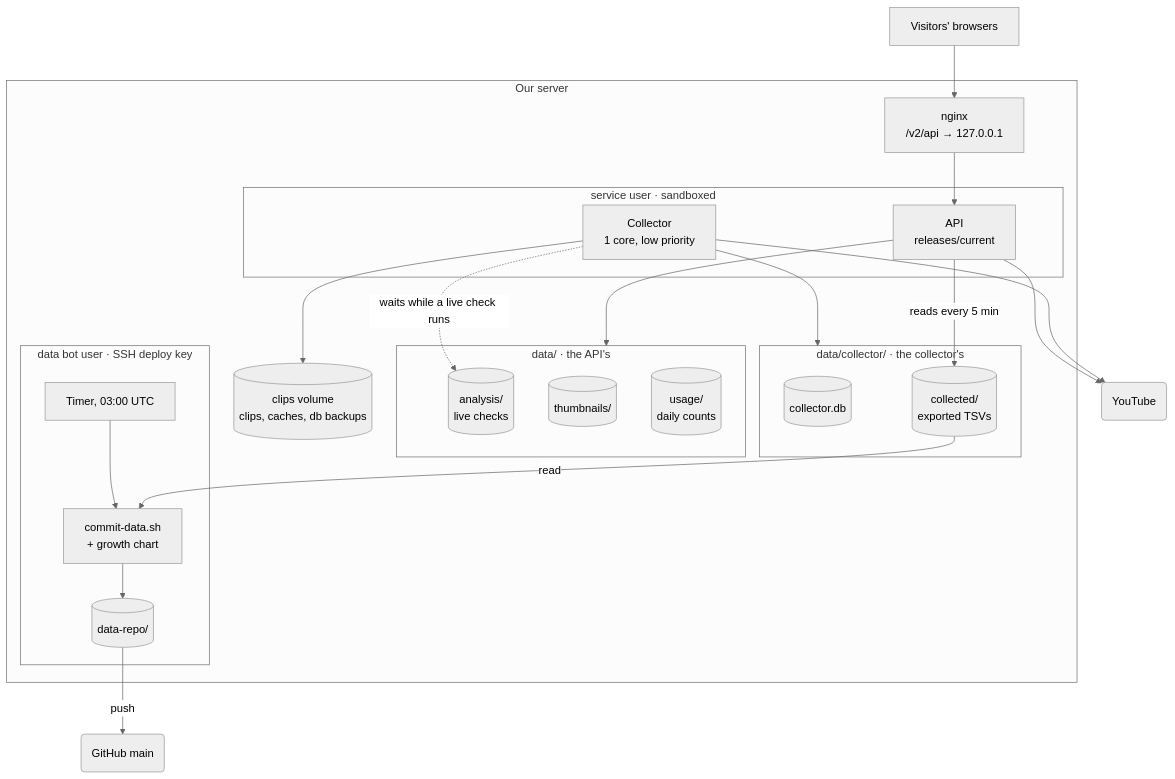
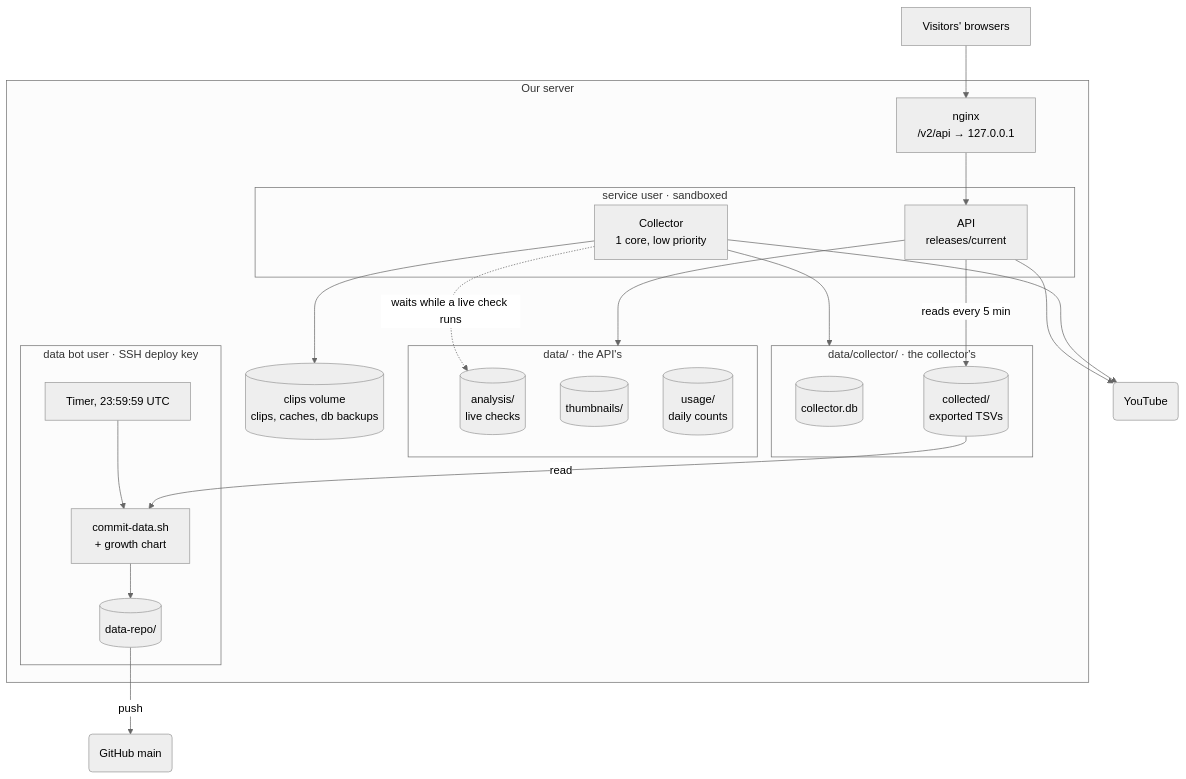
The seventh of 9 diagrams in ARCHITECTURE.md (AISmithLab/hyperstim), drawn with Mermaid (neutral theme) before and after one commit. The commit also changed 5 other files, not shown here.

First line of the commit message:
ci: Commit the collected dataset in each UTC day's last second, so the changelog's newest row is a whole day (plan 013)

````diff
--- a/ARCHITECTURE.md
+++ b/ARCHITECTURE.md
@@ -175,43 +175,43 @@
 ```mermaid
 flowchart TB
     internet["Visitors' browsers"]
 
     subgraph server["Our server"]
         nginx["nginx<br>/v2/api → 127.0.0.1"]
 
         subgraph svc["service user · sandboxed"]
             api["API<br>releases/current"]
             collector["Collector<br>1 core, low priority"]
         end
 
         subgraph apifiles["data/ · the API's"]
             analysis[("analysis/<br>live checks")]
             thumbs[("thumbnails/")]
             usage[("usage/<br>daily counts")]
         end
 
         subgraph colfiles["data/collector/ · the collector's"]
             cdb[("collector.db")]
             collected[("collected/<br>exported TSVs")]
         end
 
         clips[("clips volume<br>clips, caches, db backups")]
 
         subgraph botuser["data bot user · SSH deploy key"]
-            timer["Timer, 03:00 UTC"] --> commit["commit-data.sh<br>+ growth chart"] --> datarepo[("data-repo/")]
+            timer["Timer, 23:59:59 UTC"] --> commit["commit-data.sh<br>+ growth chart"] --> datarepo[("data-repo/")]
         end
     end
 
     gh("GitHub main")
     yt("YouTube")
 
     internet --> nginx --> api
     api --> apifiles
     api -- "reads every 5 min" --> collected
     collector --> colfiles
     collector --> clips
     collector -. "waits while a live check runs" .-> analysis
     api & collector --> yt
     collected -- "read" --> commit
     datarepo -- "push" --> gh
 ```
````
